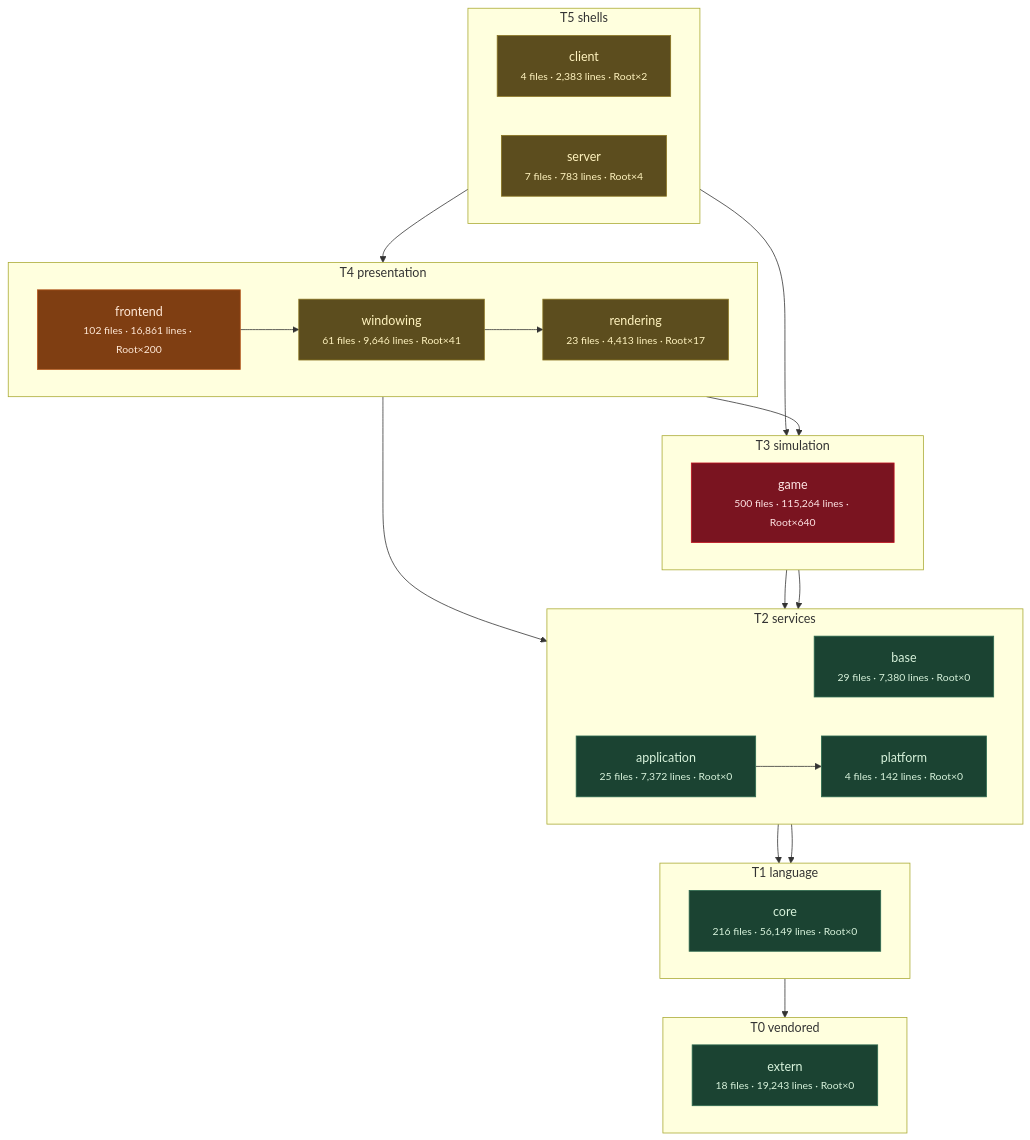
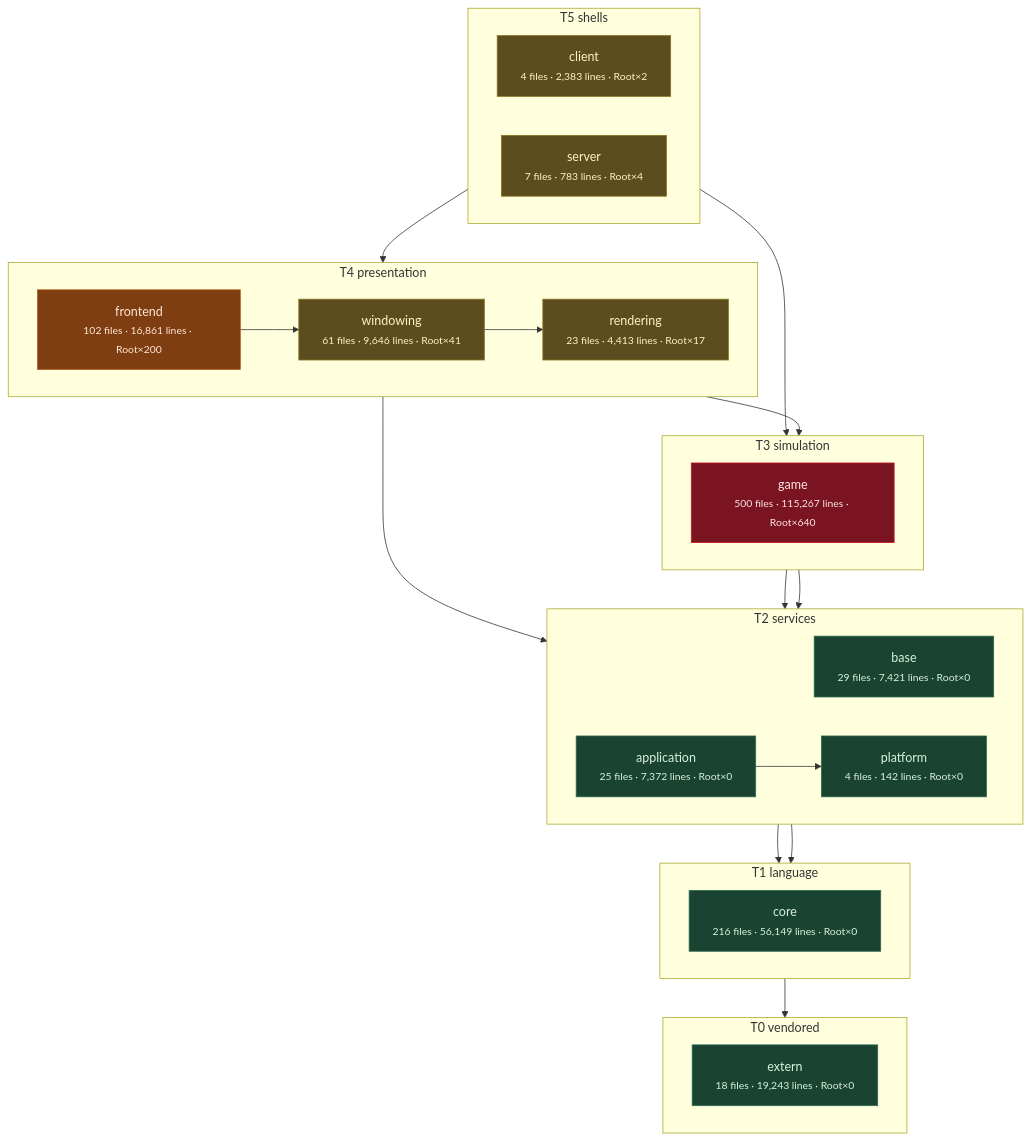
One commit to apnex/OpenStarbound changed the third of 11 diagrams in docs/architecture/system-boundaries.md. Above: the diagram before and after it, drawn with Mermaid. The commit also changed other lines of this file and 5 other files, not shown here.

````diff
--- a/docs/architecture/system-boundaries.md
+++ b/docs/architecture/system-boundaries.md
@@ -270,52 +270,52 @@
 ```mermaid
 flowchart TD
   subgraph T0["T0 vendored"]
     direction LR
     extern["extern<br/><small>18 files · 19,243 lines · Root×0</small>"]
   end
   subgraph T1["T1 language"]
     direction LR
     core["core<br/><small>216 files · 56,149 lines · Root×0</small>"]
   end
   subgraph T2["T2 services"]
     direction LR
-    base["base<br/><small>29 files · 7,380 lines · Root×0</small>"]
+    base["base<br/><small>29 files · 7,421 lines · Root×0</small>"]
     platform["platform<br/><small>4 files · 142 lines · Root×0</small>"]
     application["application<br/><small>25 files · 7,372 lines · Root×0</small>"]
   end
   subgraph T3["T3 simulation"]
     direction LR
-    game["game<br/><small>500 files · 115,264 lines · Root×640</small>"]
+    game["game<br/><small>500 files · 115,267 lines · Root×640</small>"]
   end
   subgraph T4["T4 presentation"]
     direction LR
     rendering["rendering<br/><small>23 files · 4,413 lines · Root×17</small>"]
     windowing["windowing<br/><small>61 files · 9,646 lines · Root×41</small>"]
     frontend["frontend<br/><small>102 files · 16,861 lines · Root×200</small>"]
   end
   subgraph T5["T5 shells"]
     direction LR
     client["client<br/><small>4 files · 2,383 lines · Root×2</small>"]
     server["server<br/><small>7 files · 783 lines · Root×4</small>"]
   end
   core --> extern
   base --> core
   platform --> core
   application --> platform
   game --> base
   game --> platform
   rendering --> application
   rendering --> game
   windowing --> rendering
   frontend --> windowing
   client --> frontend
   server --> game
   classDef clean fill:#1b4332,stroke:#2d6a4f,color:#d8f3dc
   classDef warm  fill:#5c4d1e,stroke:#8a7420,color:#fff3bf
   classDef hot   fill:#7f3e12,stroke:#b5561b,color:#ffe8d6
   classDef blaze fill:#7a1420,stroke:#c1121f,color:#ffe5e5
   class extern,core,base,platform,application clean
   class rendering,windowing,client,server warm
   class frontend hot
   class game blaze
 ```
````
